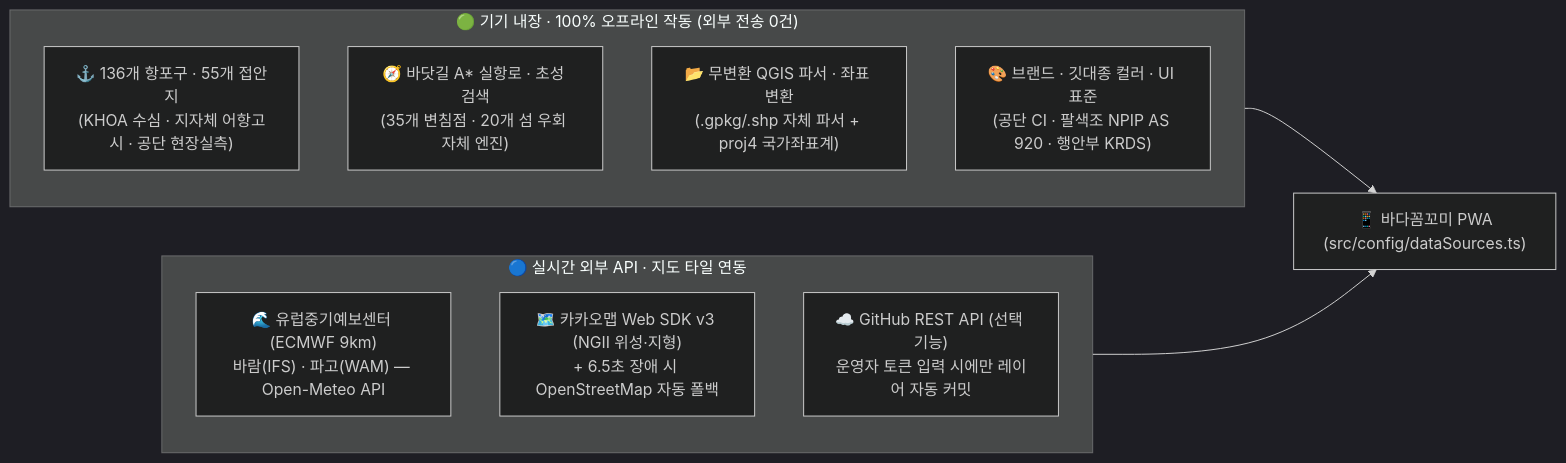
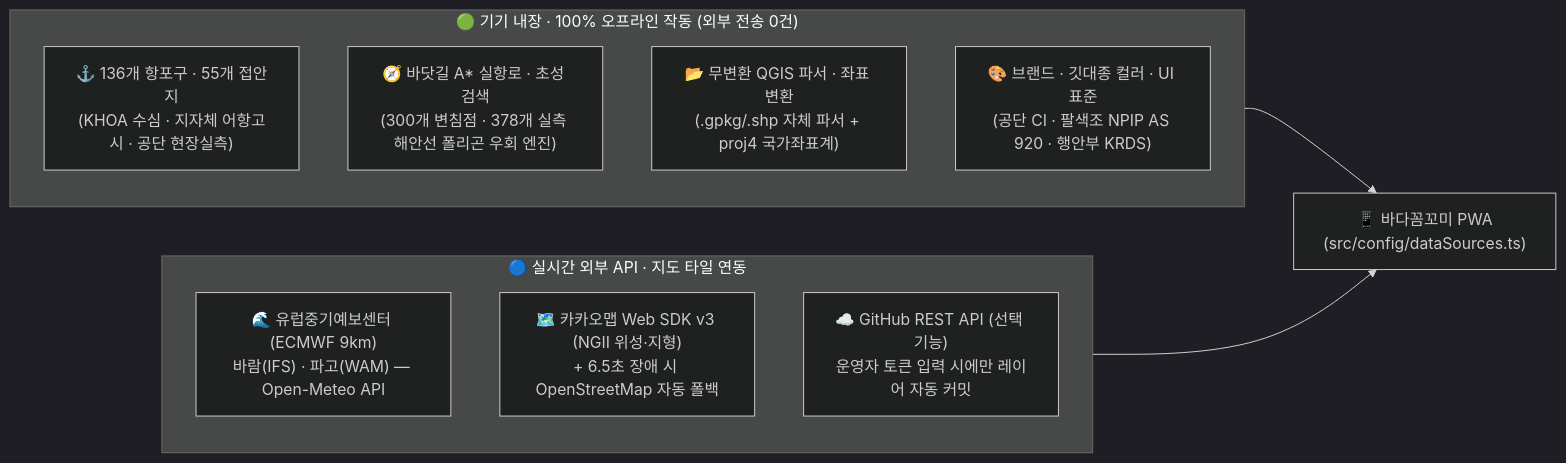
Before and after one commit to gunnysis/bada-kkomkkomi: the diagram in docs/DATA_AND_TECH_SOURCES.md, drawn with Mermaid (dark theme). The commit also changed other lines of this file and 15 other files, not shown here.

````diff
--- a/docs/DATA_AND_TECH_SOURCES.md
+++ b/docs/DATA_AND_TECH_SOURCES.md
@@ -17,21 +17,21 @@
 ```mermaid
 flowchart LR
     subgraph OFFLINE["🟢 기기 내장 · 100% 오프라인 작동 (외부 전송 0건)"]
         direction TB
         D1["⚓ 136개 항포구 · 55개 접안지<br/>(KHOA 수심 · 지자체 어항고시 · 공단 현장실측)"]
-        D2["🧭 바닷길 A* 실항로 · 초성 검색<br/>(35개 변침점 · 20개 섬 우회 자체 엔진)"]
+        D2["🧭 바닷길 A* 실항로 · 초성 검색<br/>(300개 변침점 · 378개 실측 해안선 폴리곤 우회 엔진)"]
         D3["📂 무변환 QGIS 파서 · 좌표 변환<br/>(.gpkg/.shp 자체 파서 + proj4 국가좌표계)"]
         D4["🎨 브랜드 · 깃대종 컬러 · UI 표준<br/>(공단 CI · 팔색조 NPIP AS 920 · 행안부 KRDS)"]
     end
 
     subgraph ONLINE["🔵 실시간 외부 API · 지도 타일 연동"]
         direction TB
         W1["🌊 유럽중기예보센터 (ECMWF 9km)<br/>바람(IFS) · 파고(WAM) — Open-Meteo API"]
         M1["🗺️ 카카오맵 Web SDK v3 (NGII 위성·지형)<br/>+ 6.5초 장애 시 OpenStreetMap 자동 폴백"]
         G1["☁️ GitHub REST API (선택 기능)<br/>운영자 토큰 입력 시에만 레이어 자동 커밋"]
     end
 
     APP["📱 바다꼼꼬미 PWA<br/>(src/config/dataSources.ts)"]
     OFFLINE --> APP
     ONLINE --> APP
 ```
````
